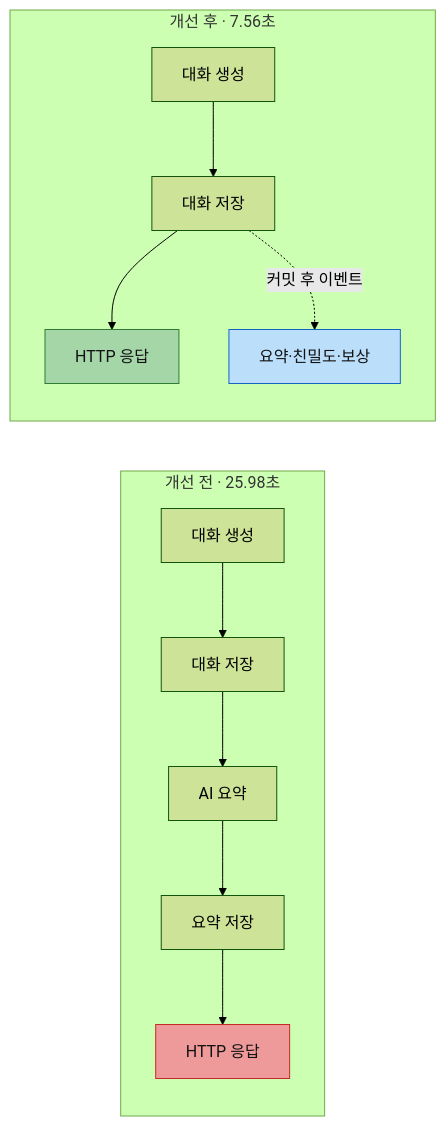
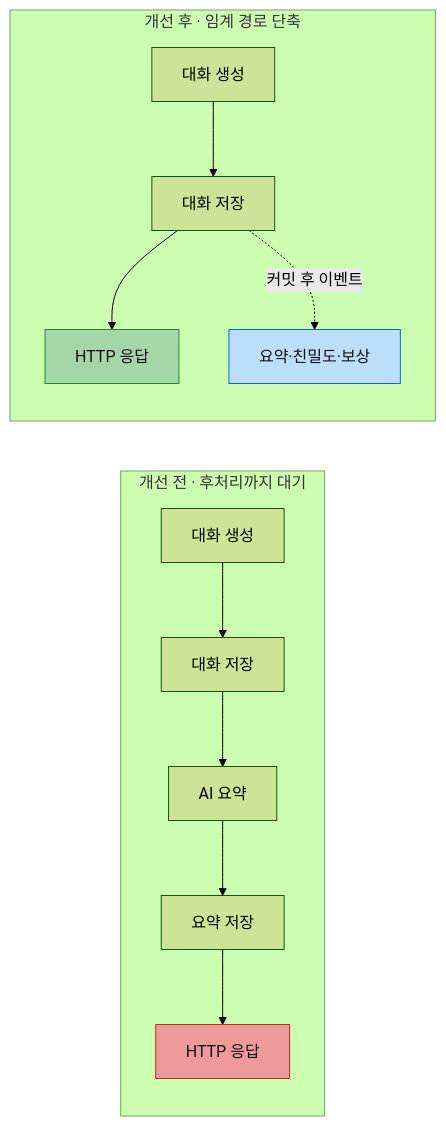
Before and after one commit to jiwon11/jiwon11.github.io: the first of 13 diagrams in _posts/2026-06-29-ai-conversation-post-processing-pipeline.md, drawn with Mermaid (forest theme). The commit also changed other lines of this file and 9 other files, not shown here.

```diff
--- a/_posts/2026-06-29-ai-conversation-post-processing-pipeline.md
+++ b/_posts/2026-06-29-ai-conversation-post-processing-pipeline.md
@@ -53,19 +56,19 @@
 ~~~mermaid
 flowchart LR
-    subgraph before["개선 전 · 25.98초"]
+    subgraph before["개선 전 · 후처리까지 대기"]
         B1["대화 생성"] --> B2["대화 저장"]
         B2 --> B3["AI 요약"]
         B3 --> B4["요약 저장"]
         B4 --> B5["HTTP 응답"]
     end
 
-    subgraph after["개선 후 · 7.56초"]
+    subgraph after["개선 후 · 임계 경로 단축"]
         A1["대화 생성"] --> A2["대화 저장"]
         A2 --> A3["HTTP 응답"]
         A2 -. "커밋 후 이벤트" .-> A4["요약·친밀도·보상"]
     end
 
     style B5 fill:#ef9a9a,stroke:#c62828,color:#111
     style A3 fill:#a5d6a7,stroke:#2e7d32,color:#111
     style A4 fill:#bbdefb,stroke:#1565c0,color:#111
 ~~~
```
